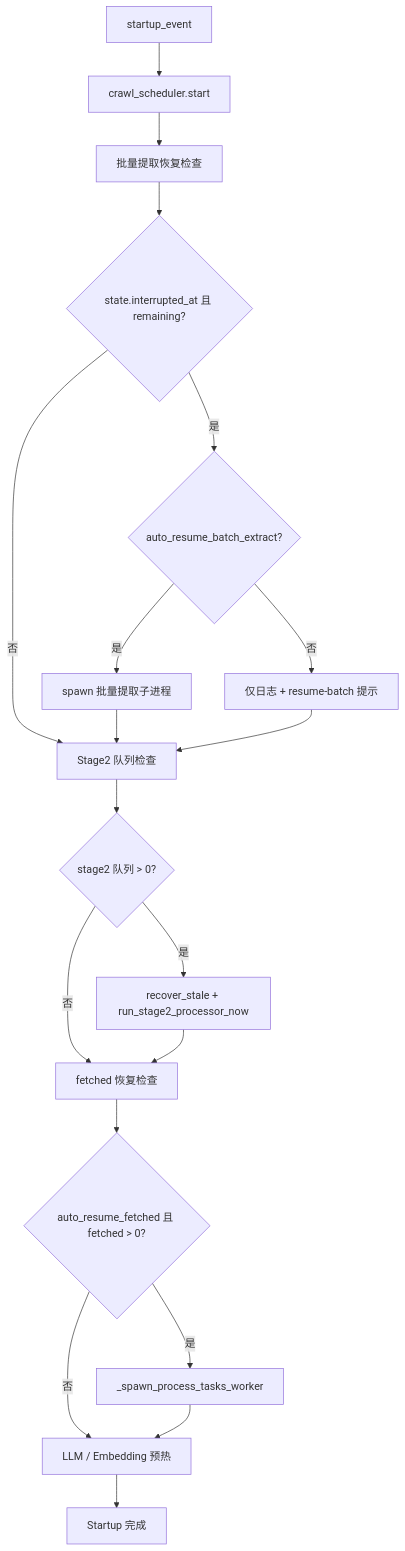
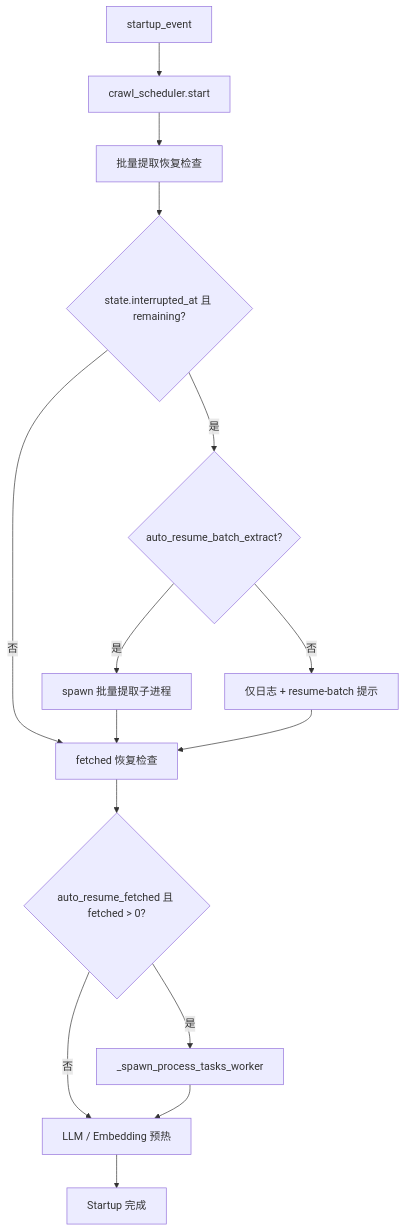
Before and after one commit to Wangxr126/InterviewExperienceCrawlerAgent: the seventh of 8 diagrams in docs/系统梳理/进程与子进程架构文档.md, drawn with Mermaid. The commit also changed other lines of this file and 104 other files, not shown here.

````diff
--- a/docs/系统梳理/进程与子进程架构文档.md
+++ b/docs/系统梳理/进程与子进程架构文档.md
@@ -257,21 +207,17 @@
 ```mermaid
 flowchart TD
     A[startup_event] --> B[crawl_scheduler.start]
     B --> C[批量提取恢复检查]
     C --> D{state.interrupted_at 且 remaining?}
     D -->|是| E{auto_resume_batch_extract?}
     E -->|是| E2[spawn 批量提取子进程]
     E -->|否| E3[仅日志 + resume-batch 提示]
-    D -->|否| F[Stage2 队列检查]
-    E2 --> F
-    E3 --> F
-    F --> G{stage2 队列 > 0?}
-    G -->|是| H[recover_stale + run_stage2_processor_now]
-    G -->|否| I[fetched 恢复检查]
-    H --> I
+    D -->|否| I[fetched 恢复检查]
+    E2 --> I
+    E3 --> I
     I --> J{auto_resume_fetched 且 fetched > 0?}
     J -->|是| K[_spawn_process_tasks_worker]
     J -->|否| L[LLM / Embedding 预热]
     K --> L
     L --> M[Startup 完成]
 ```
````
